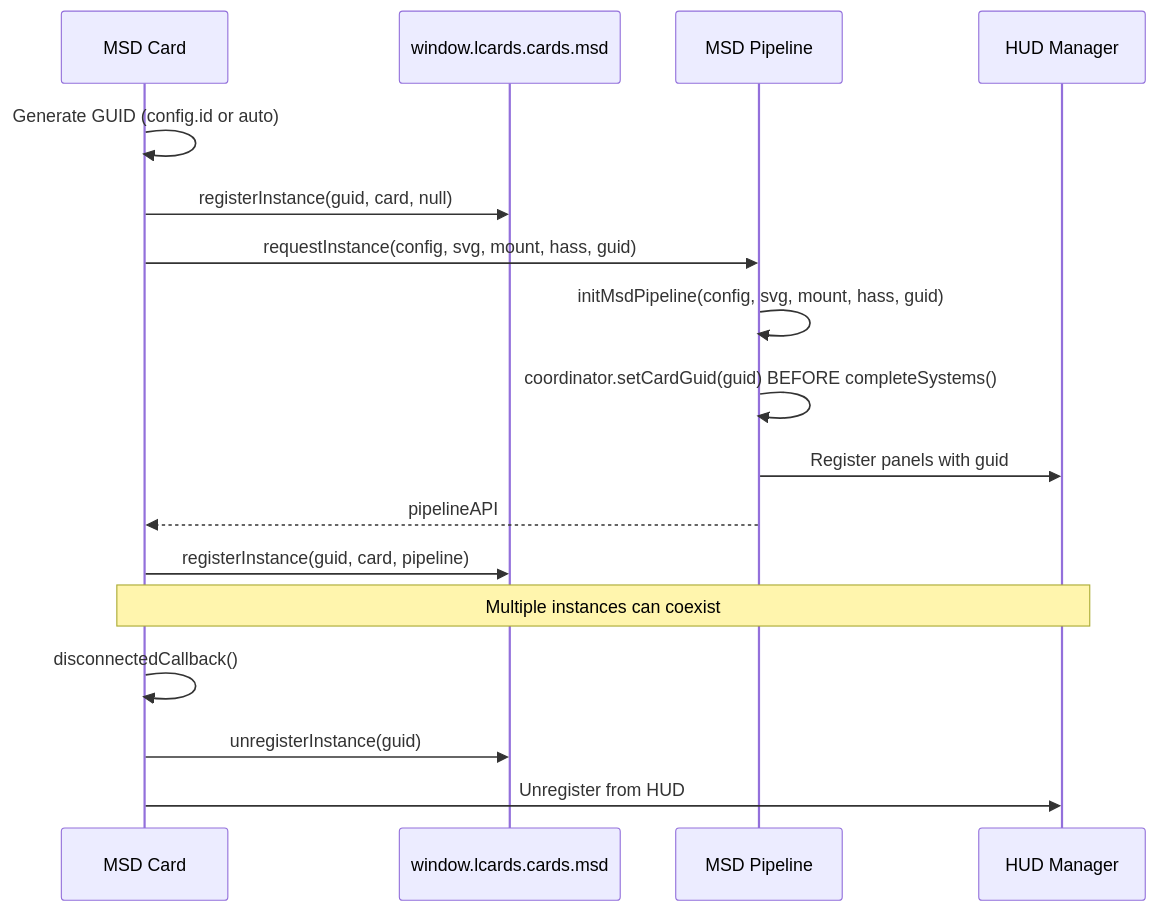
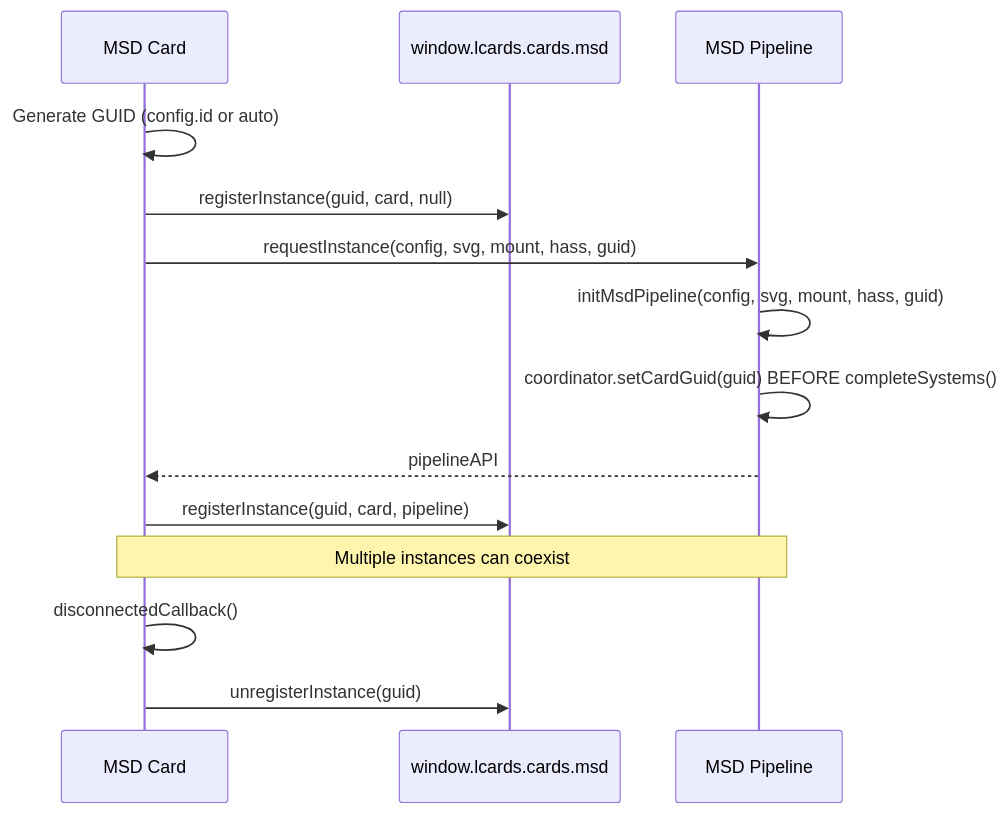
Before and after one commit to snootched/lcards: the second of 6 diagrams in doc/architecture/msd-card-architecture.md, drawn with Mermaid. The commit also changed other lines of this file and 2 other files, not shown here.

Commit message:
doc updates for hud removal

````diff
--- a/doc/architecture/msd-card-architecture.md
+++ b/doc/architecture/msd-card-architecture.md
@@ -276,25 +275,22 @@
 ```mermaid
 sequenceDiagram
     participant Card as MSD Card
     participant Registry as window.lcards.cards.msd
     participant Pipeline as MSD Pipeline
-    participant HUD as HUD Manager
 
     Card->>Card: Generate GUID (config.id or auto)
     Card->>Registry: registerInstance(guid, card, null)
 
     Card->>Pipeline: requestInstance(config, svg, mount, hass, guid)
     Pipeline->>Pipeline: initMsdPipeline(config, svg, mount, hass, guid)
     Pipeline->>Pipeline: coordinator.setCardGuid(guid) BEFORE completeSystems()
 
-    Pipeline->>HUD: Register panels with guid
     Pipeline-->>Card: pipelineAPI
 
     Card->>Registry: registerInstance(guid, card, pipeline)
 
-    Note over Card,HUD: Multiple instances can coexist
+    Note over Card,Pipeline: Multiple instances can coexist
 
     Card->>Card: disconnectedCallback()
     Card->>Registry: unregisterInstance(guid)
-    Card->>HUD: Unregister from HUD
 ```
````
